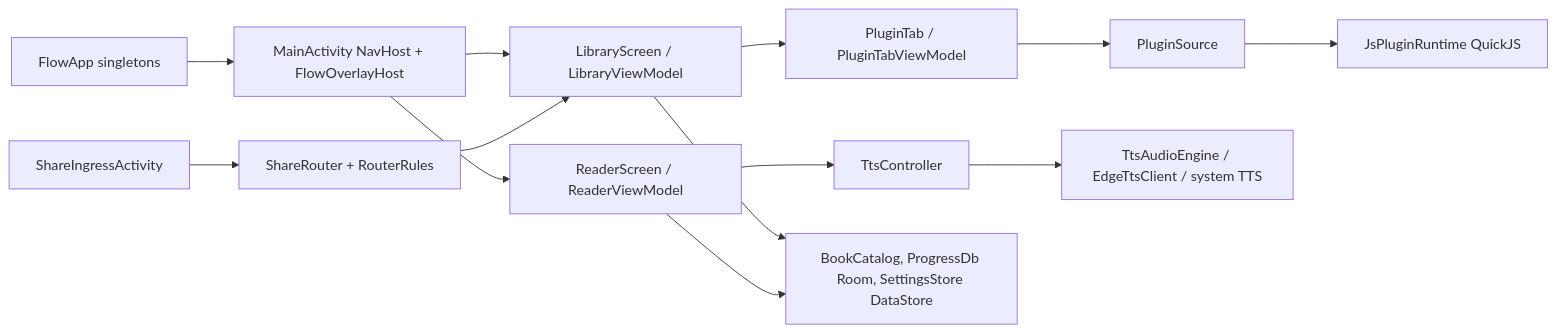
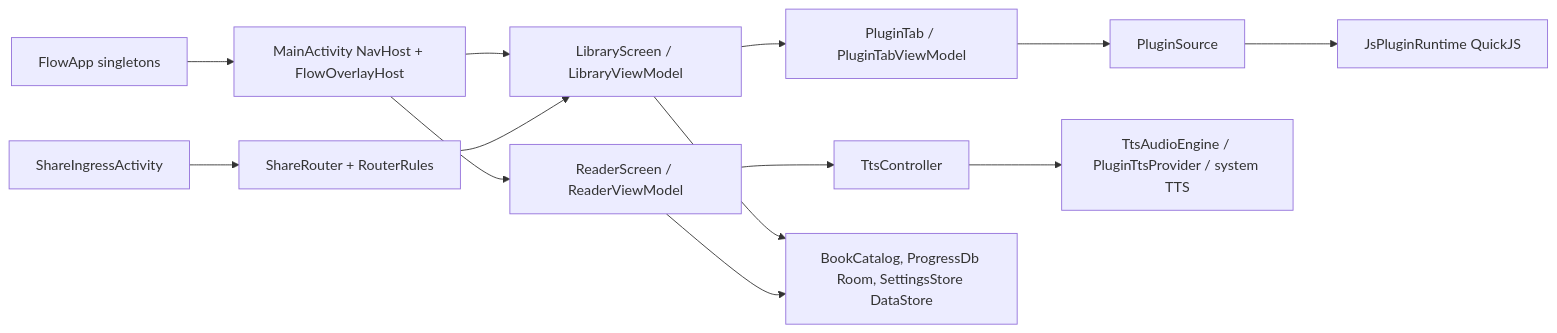
One commit to Oxika95/FlowReader changed the diagram in docs/agent/architecture.md. Above: the diagram before and after it, drawn with Mermaid. The commit also changed 56 other files, not shown here.

First line of the commit message:
tts: move Edge to TTS plugin SPI with raw-socket host WS

````diff
--- a/docs/agent/architecture.md
+++ b/docs/agent/architecture.md
@@ -3,11 +3,11 @@
 ```mermaid
 flowchart LR
   app[FlowApp singletons] --> main[MainActivity NavHost + FlowOverlayHost]
   main --> lib[LibraryScreen / LibraryViewModel]
   main --> rdr[ReaderScreen / ReaderViewModel]
   share[ShareIngressActivity] --> router[ShareRouter + RouterRules] --> lib
   lib --> plug[PluginTab / PluginTabViewModel] --> src[PluginSource] --> js[JsPluginRuntime QuickJS]
-  rdr --> tts[TtsController] --> eng[TtsAudioEngine / EdgeTtsClient / system TTS]
+  rdr --> tts[TtsController] --> eng[TtsAudioEngine / PluginTtsProvider / system TTS]
   lib --> data[BookCatalog, ProgressDb Room, SettingsStore DataStore]
   rdr --> data
 ```
````
